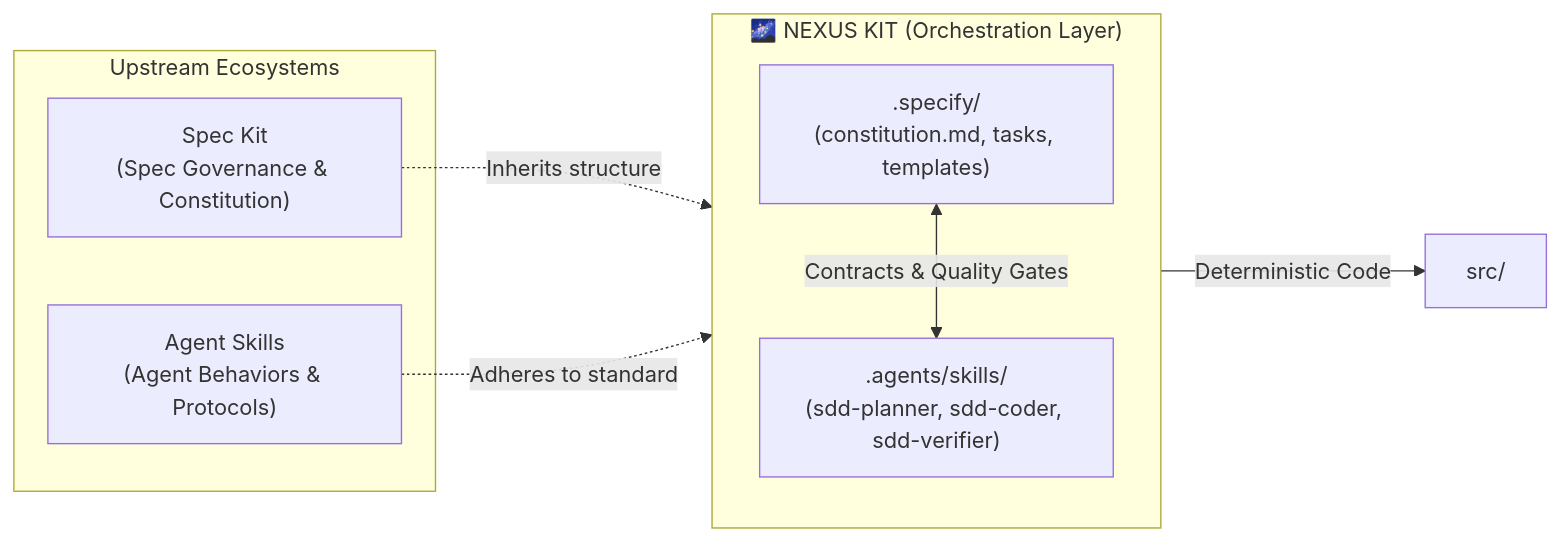
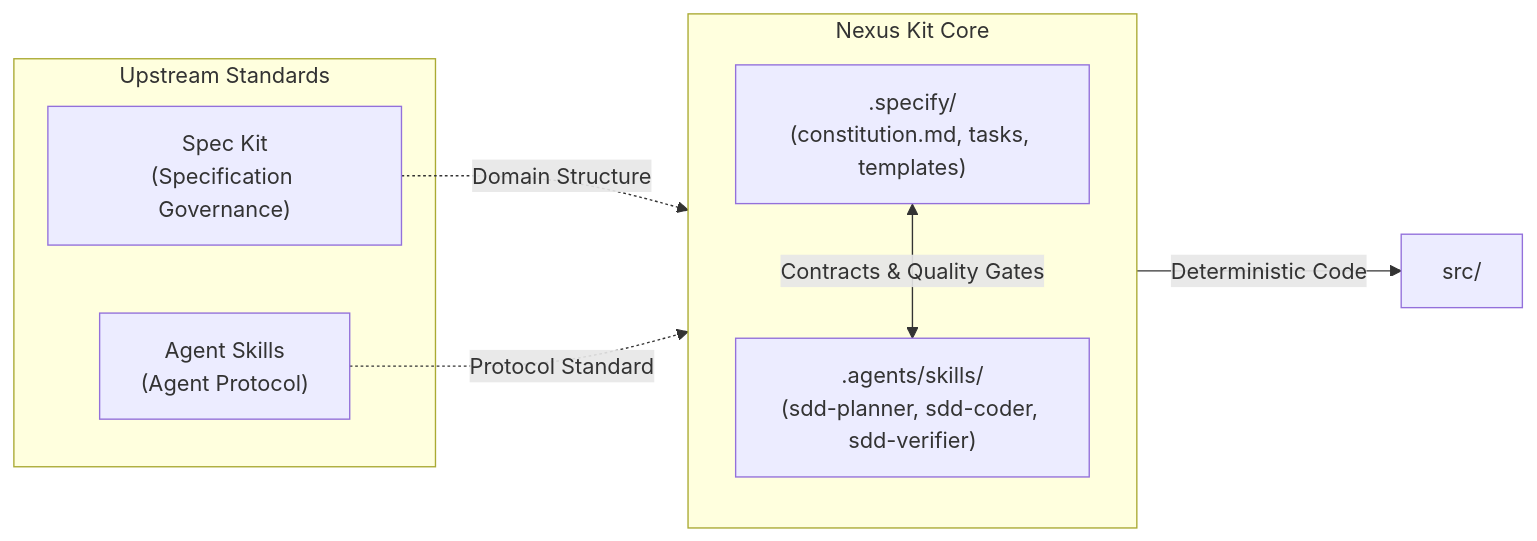
The diagram in README.md (TranHuuQuyet/nexus-kit), drawn with Mermaid before and after one commit. The commit also changed other lines of this file and 5 other files, not shown here.

````diff
--- a/README.md
+++ b/README.md
@@ -31,19 +33,19 @@
 ```mermaid
 flowchart LR
-    subgraph Upstream["Upstream Ecosystems"]
-        SK["Spec Kit\n(Spec Governance & Constitution)"]
-        AS["Agent Skills\n(Agent Behaviors & Protocols)"]
+    subgraph Upstream["Upstream Standards"]
+        SK["Spec Kit\n(Specification Governance)"]
+        AS["Agent Skills\n(Agent Protocol)"]
     end
 
-    subgraph NexusKit["🌌 NEXUS KIT (Orchestration Layer)"]
+    subgraph NexusKit["Nexus Kit Core"]
         direction TB
         SpecDir[".specify/\n(constitution.md, tasks, templates)"]
         SkillsDir[".agents/skills/\n(sdd-planner, sdd-coder, sdd-verifier)"]
     end
 
-    SK -. "Inherits structure" .-> SpecDir
-    AS -. "Adheres to standard" .-> SkillsDir
+    SK -. "Domain Structure" .-> SpecDir
+    AS -. "Protocol Standard" .-> SkillsDir
 
     SpecDir <-->|"Contracts & Quality Gates"| SkillsDir
     SkillsDir -->|"Deterministic Code"| Src["src/"]
 ```
````
